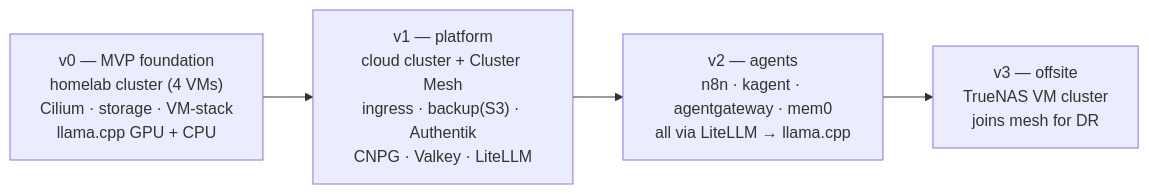
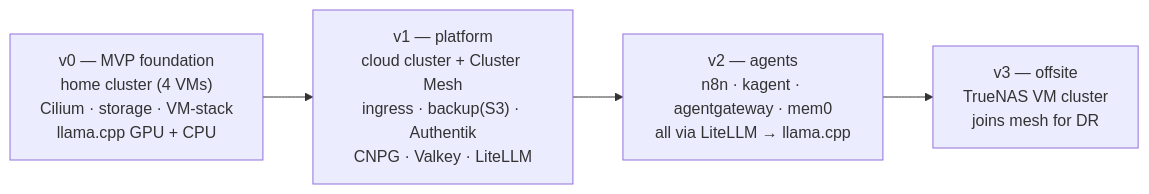
One commit to ngoldack/homelab changed the sixth of 6 diagrams in docs/architecture.md. Above: the diagram before and after it, drawn with Mermaid. The commit also changed other lines of this file and 35 other files, not shown here.

First line of the commit message:
refactor!: location-based tofu, rename v0 cluster to home, per-host Proxmox keys

````diff
--- a/docs/architecture.md
+++ b/docs/architecture.md
@@ -193,8 +193,8 @@
 ```mermaid
 flowchart LR
-  v0["v0 — MVP foundation<br/>homelab cluster (4 VMs)<br/>Cilium · storage · VM-stack<br/>llama.cpp GPU + CPU"]
+  v0["v0 — MVP foundation<br/>home cluster (4 VMs)<br/>Cilium · storage · VM-stack<br/>llama.cpp GPU + CPU"]
   v1["v1 — platform<br/>cloud cluster + Cluster Mesh<br/>ingress · backup(S3) · Authentik<br/>CNPG · Valkey · LiteLLM"]
   v2["v2 — agents<br/>n8n · kagent · agentgateway · mem0<br/>all via LiteLLM → llama.cpp"]
   v3["v3 — offsite<br/>TrueNAS VM cluster<br/>joins mesh for DR"]
   v0 --> v1 --> v2 --> v3
 ```
````
